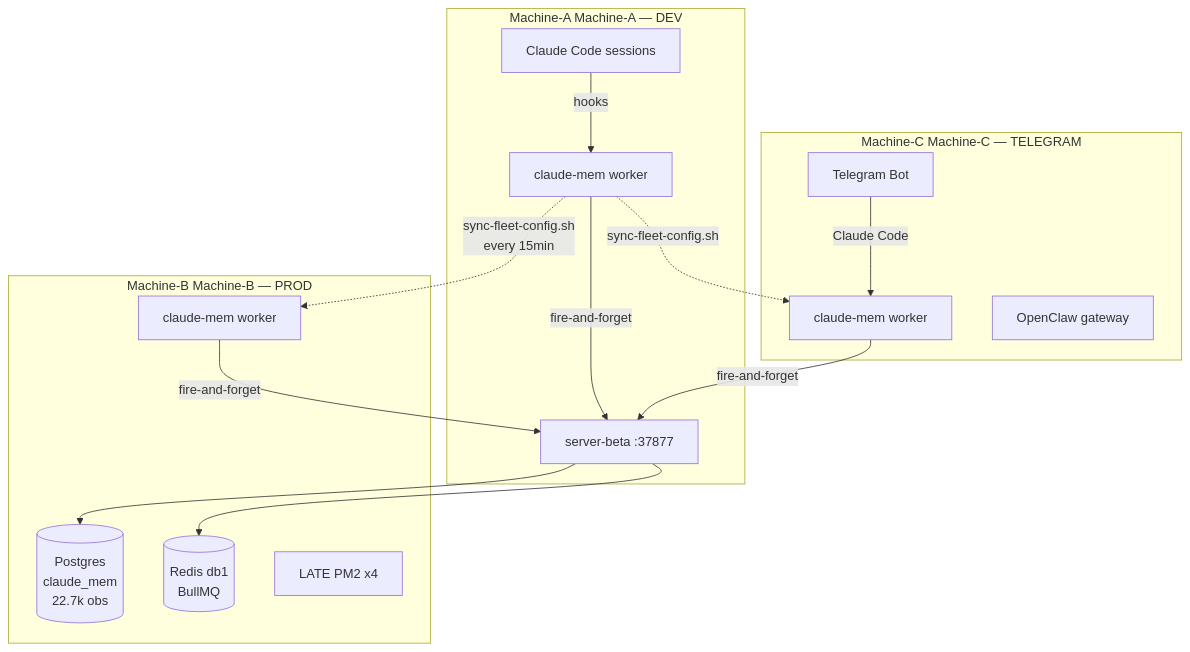
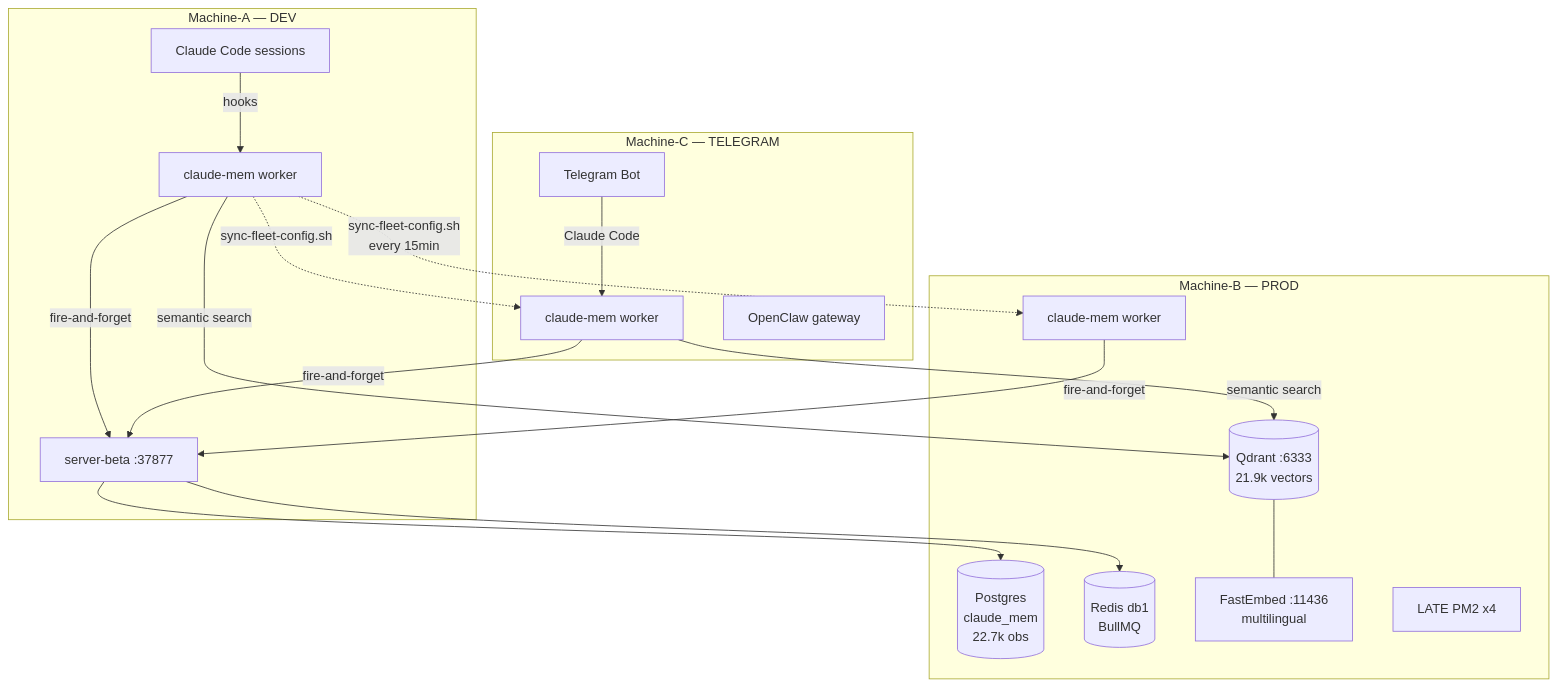
The first of 2 diagrams in diagrams/architecture.md (alessandropcostabr/claude-mem-case-study), drawn with Mermaid before and after one commit. The commit also changed 2 other files, not shown here.

Commit message:
docs: add Chroma→Qdrant migration story and vector search evolution
- fleet-timeline.csv: 5 new events (Apr 19–May 7) covering Chroma
  elimination, 3 bug fixes, stale-PID incident, multilingual model
  upgrade, and full reindex to 21929 points
- README: new "Vector Search Evolution" section with timeline, 3-bug
  post-mortem, and multilingual model upgrade; Lesson 5 on silent type
  safety failures (400+ errors/day); fleet diagram updated with Qdrant
  and FastEmbed on Machine-B; "What's Next" corrected (reindex done)
- diagrams/architecture.md: fix duplicate subgraph labels, add Qdrant
  :6333 and FastEmbed :11436, semantic search arrows from all workers

````diff
--- a/diagrams/architecture.md
+++ b/diagrams/architecture.md
@@ -5,31 +5,36 @@
 ```mermaid
 graph TB
-    subgraph Machine-A ["Machine-A Machine-A — DEV"]
+    subgraph Machine-A ["Machine-A — DEV"]
         W1[claude-mem worker]
         CC1[Claude Code sessions]
         CC1 -->|hooks| W1
         W1 -->|fire-and-forget| SB
     end
 
-    subgraph Machine-B ["Machine-B Machine-B — PROD"]
+    subgraph Machine-B ["Machine-B — PROD"]
         SB[server-beta :37877]
         PG[(Postgres<br/>claude_mem<br/>22.7k obs)]
         RD[(Redis db1<br/>BullMQ)]
+        QD[(Qdrant :6333<br/>21.9k vectors)]
+        FE[FastEmbed :11436<br/>multilingual]
         PM[LATE PM2 x4]
         W2[claude-mem worker]
         SB --> PG
         SB --> RD
         W2 -->|fire-and-forget| SB
+        QD --- FE
     end
 
-    subgraph Machine-C ["Machine-C Machine-C — TELEGRAM"]
+    subgraph Machine-C ["Machine-C — TELEGRAM"]
         W3[claude-mem worker]
         TG[Telegram Bot]
         OC[OpenClaw gateway]
         W3 -->|fire-and-forget| SB
         TG -->|Claude Code| W3
     end
 
     W1 -.->|sync-fleet-config.sh<br/>every 15min| W2
     W1 -.->|sync-fleet-config.sh| W3
+    W1 -->|semantic search| QD
+    W3 -->|semantic search| QD
 ```
````
